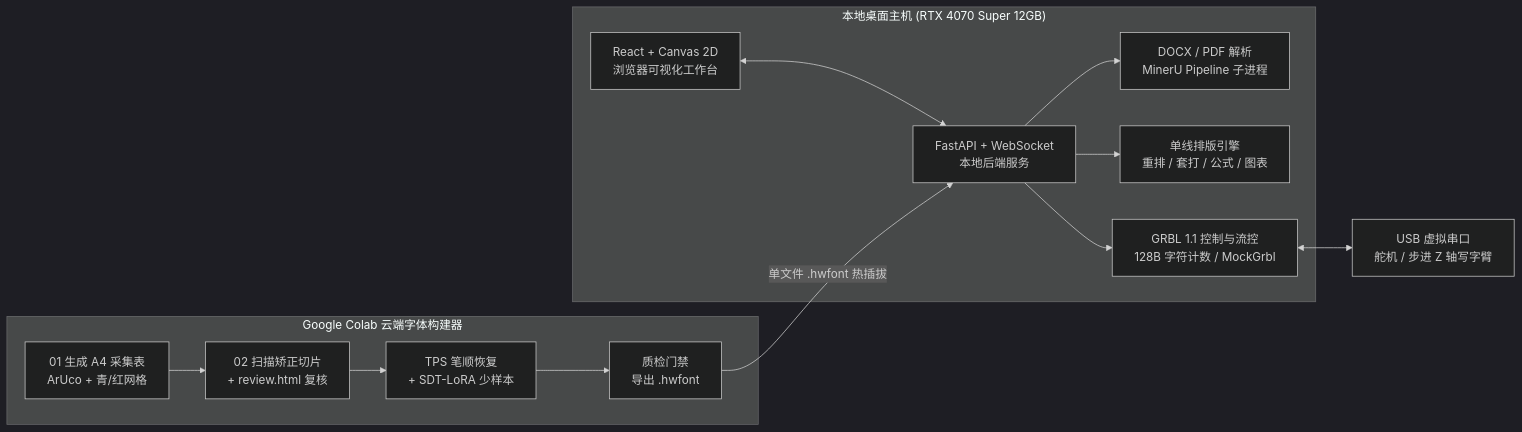
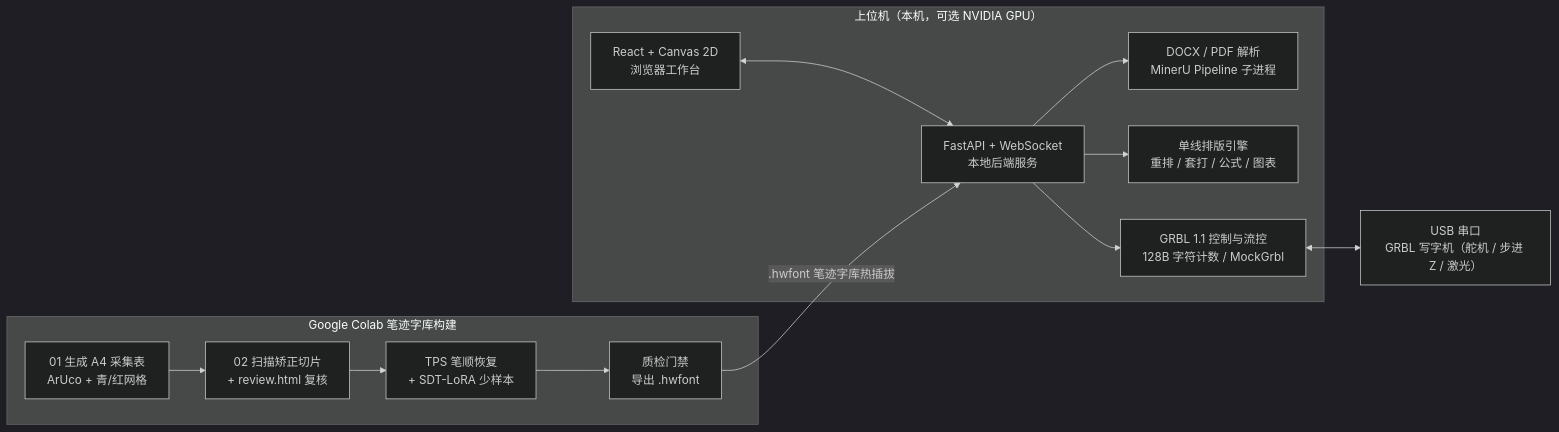
The diagram in README.md (muyangplus/inkcraft), drawn with Mermaid (dark theme) before and after one commit. The commit also changed other lines of this file and 31 other files, not shown here.

````diff
--- a/README.md
+++ b/README.md
@@ -46,17 +45,17 @@
 ```mermaid
 flowchart LR
-    subgraph Cloud["Google Colab 云端字体构建器"]
+    subgraph Cloud["Google Colab 笔迹字库构建"]
         C1["01 生成 A4 采集表<br/>ArUco + 青/红网格"] --> C2["02 扫描矫正切片<br/>+ review.html 复核"]
         C2 --> C3["TPS 笔顺恢复<br/>+ SDT-LoRA 少样本"] --> C4["质检门禁<br/>导出 .hwfont"]
     end
 
-    subgraph Local["本地桌面主机 (RTX 4070 Super 12GB)"]
-        UI["React + Canvas 2D<br/>浏览器可视化工作台"] <--> API["FastAPI + WebSocket<br/>本地后端服务"]
+    subgraph Local["上位机（本机，可选 NVIDIA GPU）"]
+        UI["React + Canvas 2D<br/>浏览器工作台"] <--> API["FastAPI + WebSocket<br/>本地后端服务"]
         API --> PARSE["DOCX / PDF 解析<br/>MinerU Pipeline 子进程"]
         API --> COMP["单线排版引擎<br/>重排 / 套打 / 公式 / 图表"]
         API --> GRBL["GRBL 1.1 控制与流控<br/>128B 字符计数 / MockGrbl"]
     end
 
-    C4 -- "单文件 .hwfont 热插拔" --> API
-    GRBL <--> ARM["USB 虚拟串口<br/>舵机 / 步进 Z 轴写字臂"]
+    C4 -- ".hwfont 笔迹字库热插拔" --> API
+    GRBL <--> ARM["USB 串口<br/>GRBL 写字机（舵机 / 步进 Z / 激光）"]
 ```
````
